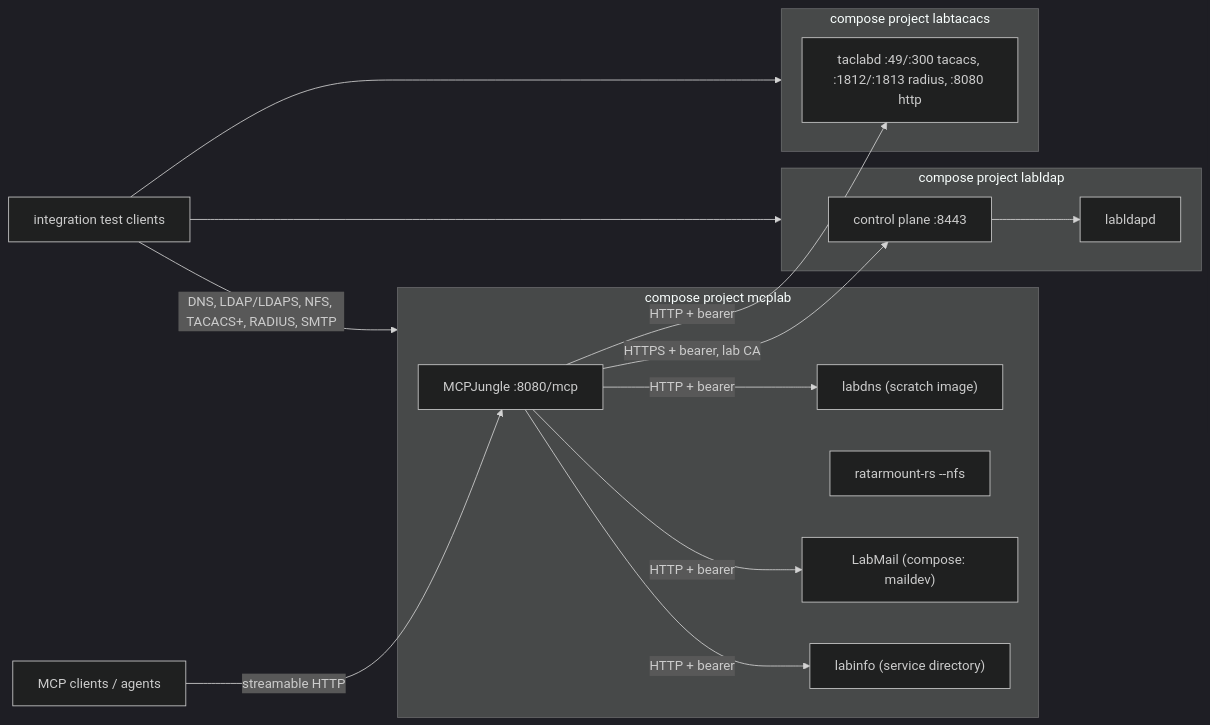
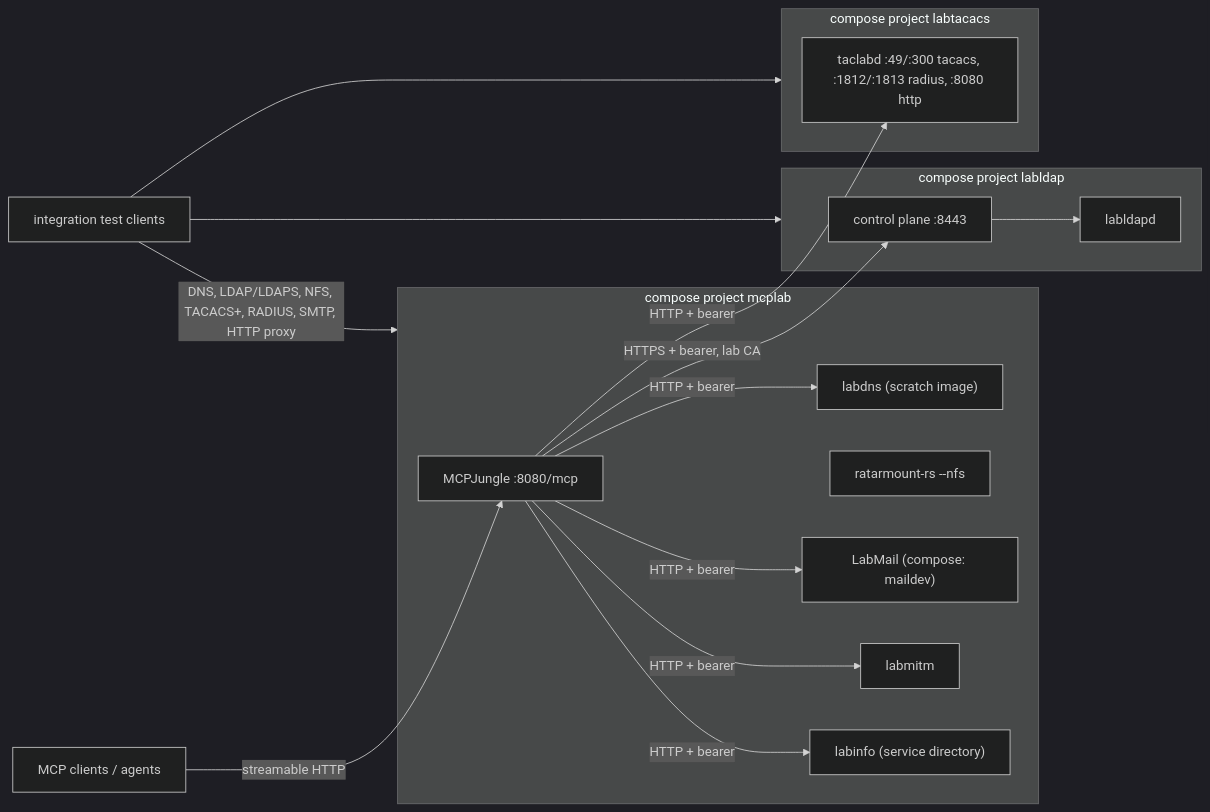
Before and after one commit to hilather/mcp-integration-lab: the diagram in docs/architecture.md, drawn with Mermaid (dark theme). The commit also changed other lines of this file and 18 other files, not shown here.

````diff
--- a/docs/architecture.md
+++ b/docs/architecture.md
@@ -30,27 +31,29 @@
 ```mermaid
 flowchart LR
   Agents[MCP clients / agents] -->|streamable HTTP| Jungle["MCPJungle :8080/mcp"]
   subgraph mcplab [compose project mcplab]
     Jungle
     DNS["labdns (scratch image)"]
     NFS["ratarmount-rs --nfs"]
     Mail["LabMail (compose: maildev)"]
+    MITM["labmitm"]
     Info["labinfo (service directory)"]
   end
   subgraph labldap [compose project labldap]
     Control["control plane :8443"]
     Dir["labldapd"]
   end
   subgraph labtacacs [compose project labtacacs]
     Taclab["taclabd :49/:300 tacacs, :1812/:1813 radius, :8080 http"]
   end
   Jungle -->|"HTTP + bearer"| DNS
   Jungle -->|"HTTP + bearer"| Info
   Jungle -->|"HTTPS + bearer, lab CA"| Control
   Jungle -->|"HTTP + bearer"| Taclab
   Jungle -->|"HTTP + bearer"| Mail
+  Jungle -->|"HTTP + bearer"| MITM
   Control --> Dir
-  Testers[integration test clients] -->|"DNS, LDAP/LDAPS, NFS, TACACS+, RADIUS, SMTP"| mcplab
+  Testers[integration test clients] -->|"DNS, LDAP/LDAPS, NFS, TACACS+, RADIUS, SMTP, HTTP proxy"| mcplab
   Testers --> labldap
   Testers --> labtacacs
 ```
````
